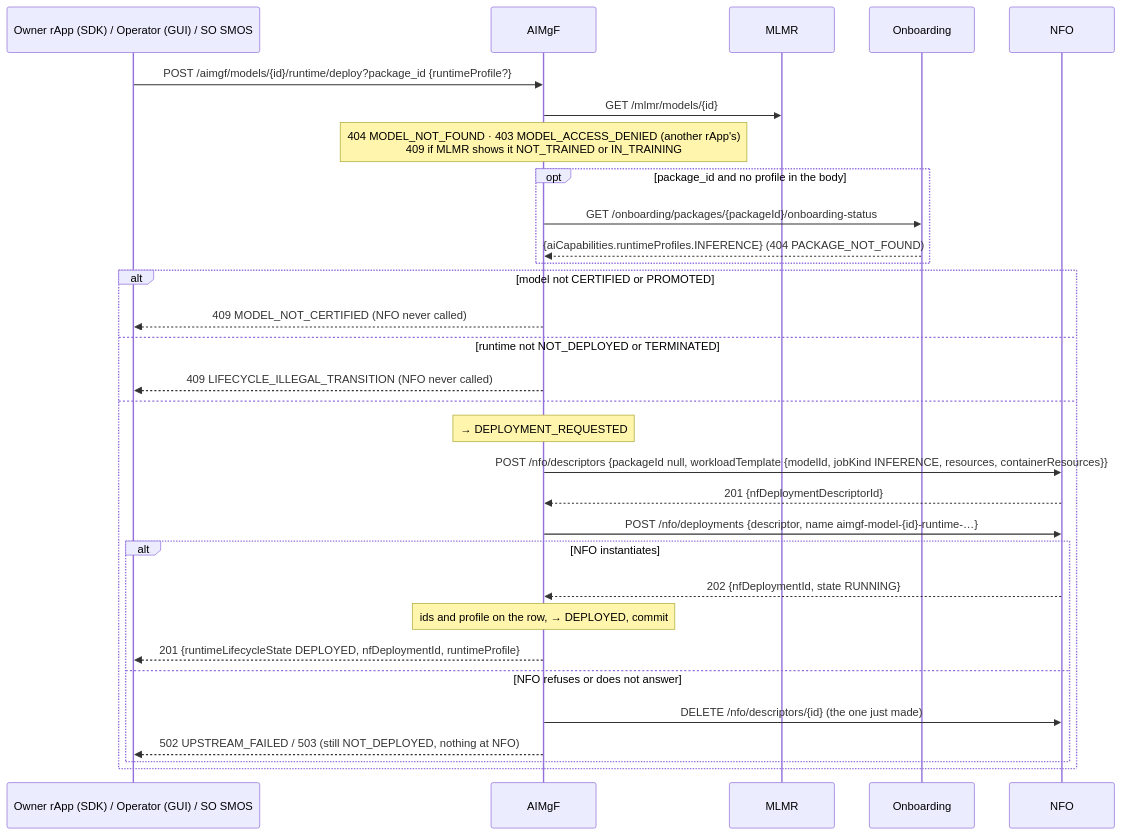
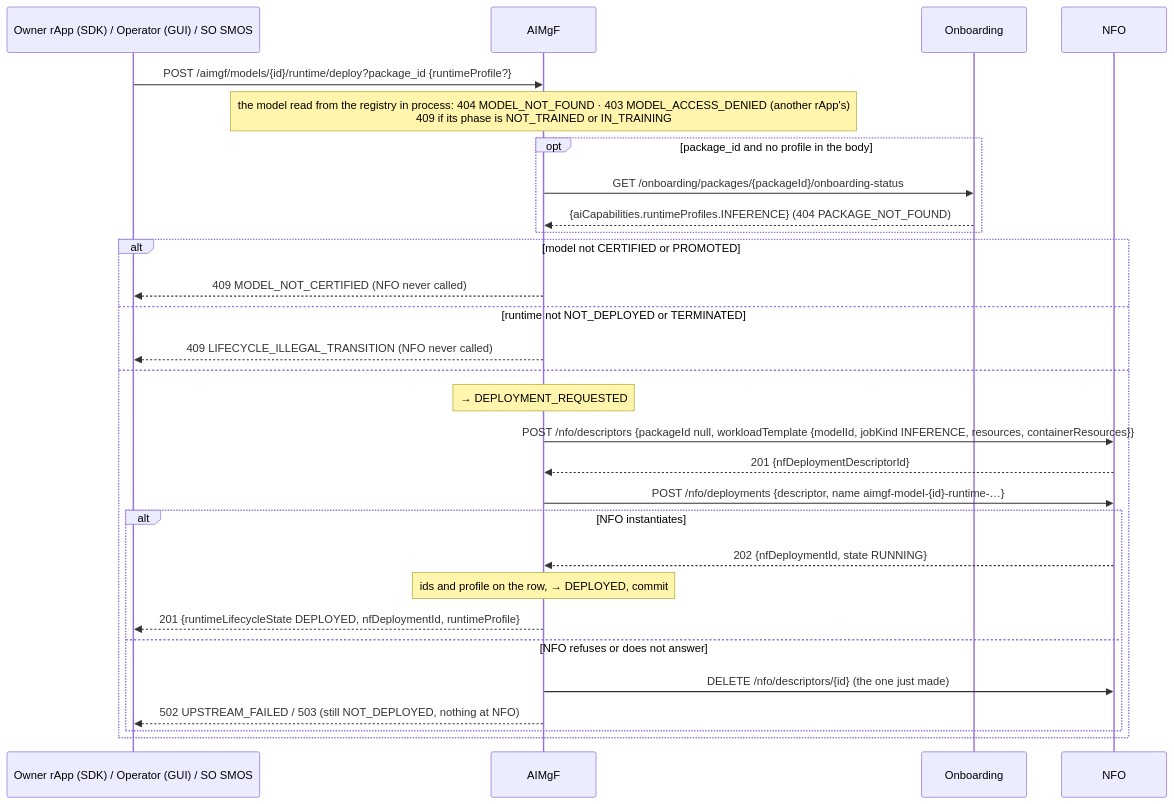
The first of 5 diagrams in smo/docs/call-flows/17-model-runtime-lifecycle.md (rsys-bshankar/ai-ran-smo), drawn with Mermaid before and after one commit. The commit also changed other lines of this file and 265 other files, not shown here.

````diff
--- a/smo/docs/call-flows/17-model-runtime-lifecycle.md
+++ b/smo/docs/call-flows/17-model-runtime-lifecycle.md
@@ -50,34 +50,32 @@
 ```mermaid
 sequenceDiagram
     participant C as Owner rApp (SDK) / Operator (GUI) / SO SMOS
     participant AIM as AIMgF
-    participant MLMR as MLMR
     participant Onb as Onboarding
     participant NFO as NFO
 
     C->>AIM: POST /aimgf/models/{id}/runtime/deploy?package_id {runtimeProfile?}
-    AIM->>MLMR: GET /mlmr/models/{id}
-    Note over AIM: 404 MODEL_NOT_FOUND · 403 MODEL_ACCESS_DENIED (another rApp's)<br/>409 if MLMR shows it NOT_TRAINED or IN_TRAINING
+    Note over AIM: the model read from the registry in process: 404 MODEL_NOT_FOUND · 403 MODEL_ACCESS_DENIED (another rApp's)<br/>409 if its phase is NOT_TRAINED or IN_TRAINING
     opt package_id and no profile in the body
         AIM->>Onb: GET /onboarding/packages/{packageId}/onboarding-status
         Onb-->>AIM: {aiCapabilities.runtimeProfiles.INFERENCE} (404 PACKAGE_NOT_FOUND)
     end
     alt model not CERTIFIED or PROMOTED
         AIM-->>C: 409 MODEL_NOT_CERTIFIED (NFO never called)
     else runtime not NOT_DEPLOYED or TERMINATED
         AIM-->>C: 409 LIFECYCLE_ILLEGAL_TRANSITION (NFO never called)
     else
         Note over AIM: → DEPLOYMENT_REQUESTED
         AIM->>NFO: POST /nfo/descriptors {packageId null, workloadTemplate {modelId, jobKind INFERENCE, resources, containerResources}}
         NFO-->>AIM: 201 {nfDeploymentDescriptorId}
         AIM->>NFO: POST /nfo/deployments {descriptor, name aimgf-model-{id}-runtime-…}
         alt NFO instantiates
             NFO-->>AIM: 202 {nfDeploymentId, state RUNNING}
             Note over AIM: ids and profile on the row, → DEPLOYED, commit
             AIM-->>C: 201 {runtimeLifecycleState DEPLOYED, nfDeploymentId, runtimeProfile}
         else NFO refuses or does not answer
             AIM->>NFO: DELETE /nfo/descriptors/{id} (the one just made)
             AIM-->>C: 502 UPSTREAM_FAILED / 503 (still NOT_DEPLOYED, nothing at NFO)
         end
     end
 ```
````
